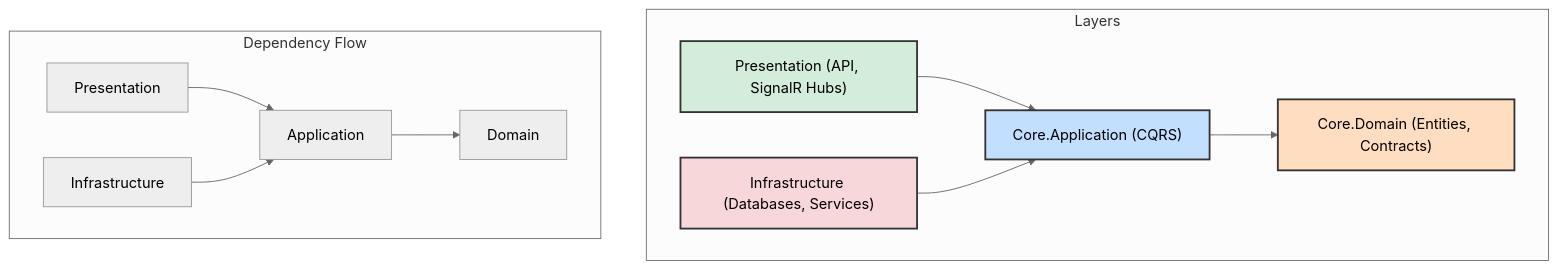
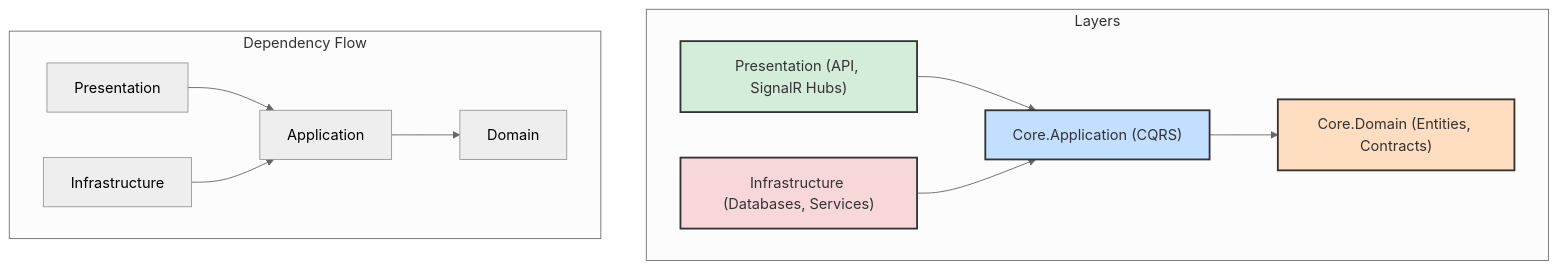
One commit to emreveaydin/bluesense-backend-project changed the first of 3 diagrams in README.md. Above: the diagram before and after it, drawn with Mermaid (neutral theme). The commit also changed other lines of this file, not shown here.

````diff
--- a/README.md
+++ b/README.md
@@ -10,19 +10,19 @@
 ```mermaid
 graph TD
     subgraph Layers
         A["Presentation (API, SignalR Hubs)"] --> B["Core.Application (CQRS)"];
         B --> C["Core.Domain (Entities, Contracts)"];
         D["Infrastructure (Databases, Services)"] --> B;
     end
 
     subgraph "Dependency Flow"
         direction LR
         Presentation --> Application --> Domain;
         Infrastructure --> Application;
     end
 
-    style C fill:#FFDDC1,stroke:#333,stroke-width:2px
-    style B fill:#C2DFFF,stroke:#333,stroke-width:2px
-    style A fill:#D4EDDA,stroke:#333,stroke-width:2px
-    style D fill:#F8D7DA,stroke:#333,stroke-width:2px
+    style C fill:#FFDDC1,stroke:#333,stroke-width:2px,color:#333
+    style B fill:#C2DFFF,stroke:#333,stroke-width:2px,color:#333
+    style A fill:#D4EDDA,stroke:#333,stroke-width:2px,color:#333
+    style D fill:#F8D7DA,stroke:#333,stroke-width:2px,color:#333
 ```
````
